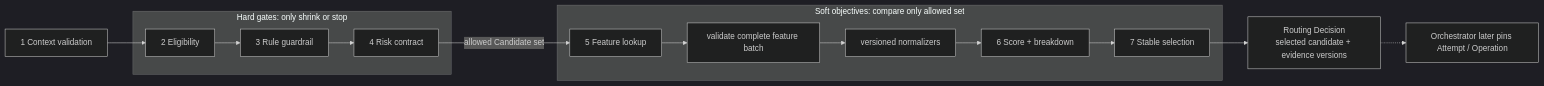
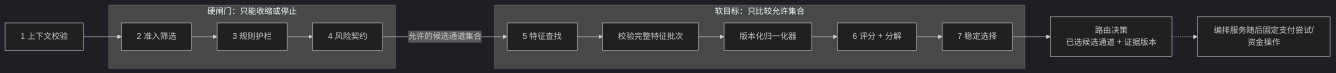
One commit to YouEclipse/Designing-Modern-Payment-Systems changed the second of 3 diagrams in part-2-routing-engine/provider-scoring.md. Above: the diagram before and after it, drawn with Mermaid (dark theme). The commit also changed other lines of this file and 59 other files, not shown here.

````diff
--- a/part-2-routing-engine/provider-scoring.md
+++ b/part-2-routing-engine/provider-scoring.md
@@ -175,29 +175,29 @@
 ```mermaid
 flowchart LR
-    Context["1 Context validation"] --> Eligibility["2 Eligibility"]
-    Eligibility --> Rules["3 Rule guardrail"]
-    Rules --> Risk["4 Risk contract"]
+    Context["1 上下文校验"] --> Eligibility["2 准入筛选"]
+    Eligibility --> Rules["3 规则护栏"]
+    Rules --> Risk["4 风险契约"]
 
-    subgraph Hard["Hard gates: only shrink or stop"]
+    subgraph Hard["硬闸门：只能收缩或停止"]
         Eligibility
         Rules
         Risk
     end
 
-    Risk -->|"allowed Candidate set"| Lookup["5 Feature lookup"]
-    Lookup --> Batch["validate complete feature batch"]
-    Batch --> Normalize["versioned normalizers"]
-    Normalize --> Score["6 Score + breakdown"]
-    Score --> Select["7 Stable selection"]
+    Risk -->|"允许的候选通道集合"| Lookup["5 特征查找"]
+    Lookup --> Batch["校验完整特征批次"]
+    Batch --> Normalize["版本化归一化器"]
+    Normalize --> Score["6 评分 + 分解"]
+    Score --> Select["7 稳定选择"]
 
-    subgraph Soft["Soft objectives: compare only allowed set"]
+    subgraph Soft["软目标：只比较允许集合"]
         Lookup
         Batch
         Normalize
         Score
         Select
     end
 
-    Select --> Decision["Routing Decision<br/>selected candidate + evidence versions"]
-    Decision -.-> Orchestrator["Orchestrator later pins Attempt / Operation"]
+    Select --> Decision["路由决策<br/>已选候选通道 + 证据版本"]
+    Decision -.-> Orchestrator["编排服务随后固定支付尝试/资金操作"]
 ```
````
